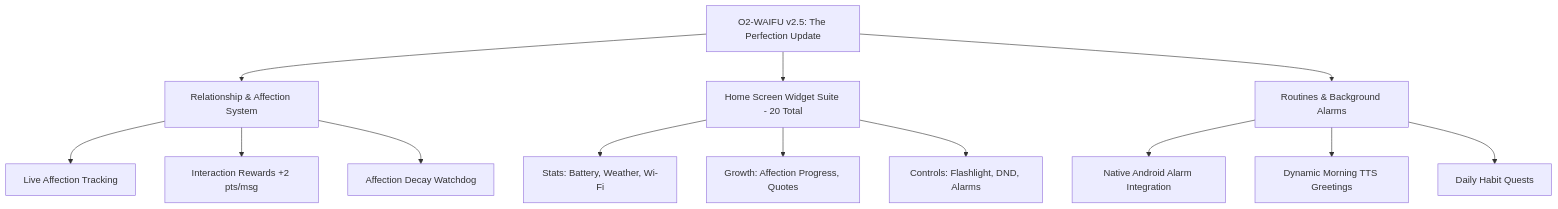
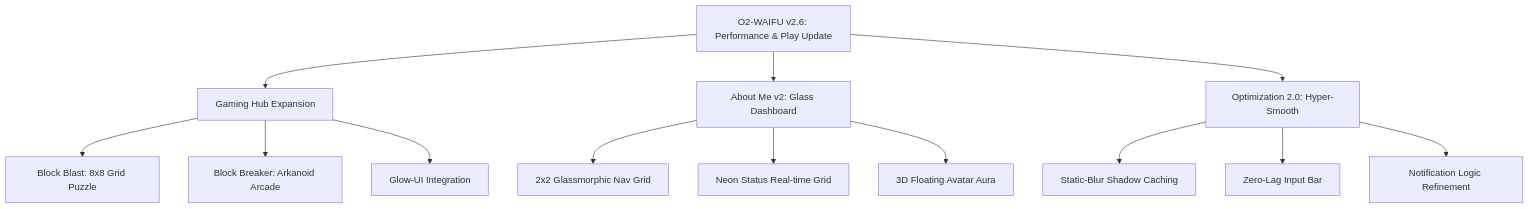
The fourth of 6 diagrams in README.md (Sujit-O2/O2_Anime_Waifu_App), drawn with Mermaid before and after one commit. The commit also changed other lines of this file and 8 other files, not shown here.

Commit message:
feat: Implement initial Android application structure and introduce various custom widgets for dashboard, weather, quote, and system status monitoring.

````diff
--- a/README.md
+++ b/README.md
@@ -269,19 +278,19 @@
 ```mermaid
 graph TD
-    V25[O2-WAIFU v2.5: The Perfection Update]
+    V26[O2-WAIFU v2.6: Performance & Play Update]
     
-    V25 --> REL[Relationship & Affection System]
-    REL --> REL1[Live Affection Tracking]
-    REL --> REL2[Interaction Rewards +2 pts/msg]
-    REL --> REL3[Affection Decay Watchdog]
+    V26 --> GAM[Gaming Hub Expansion]
+    GAM --> GAM1[Block Blast: 8x8 Grid Puzzle]
+    GAM --> GAM2[Block Breaker: Arkanoid Arcade]
+    GAM --> GAM3[Glow-UI Integration]
     
-    V25 --> WID[Home Screen Widget Suite - 20 Total]
-    WID --> WID1[Stats: Battery, Weather, Wi-Fi]
-    WID --> WID2[Growth: Affection Progress, Quotes]
-    WID --> WID3[Controls: Flashlight, DND, Alarms]
+    V26 --> ABT[About Me v2: Glass Dashboard]
+    ABT --> ABT1[2x2 Glassmorphic Nav Grid]
+    ABT --> ABT2[Neon Status Real-time Grid]
+    ABT --> ABT3[3D Floating Avatar Aura]
     
-    V25 --> ROUT[Routines & Background Alarms]
-    ROUT --> ROUT1[Native Android Alarm Integration]
-    ROUT --> ROUT2[Dynamic Morning TTS Greetings]
-    ROUT --> ROUT3[Daily Habit Quests]
+    V26 --> OPT[Optimization 2.0: Hyper-Smooth]
+    OPT --> OPT1[Static-Blur Shadow Caching]
+    OPT --> OPT2[Zero-Lag Input Bar]
+    OPT --> OPT3[Notification Logic Refinement]
 ```
````
